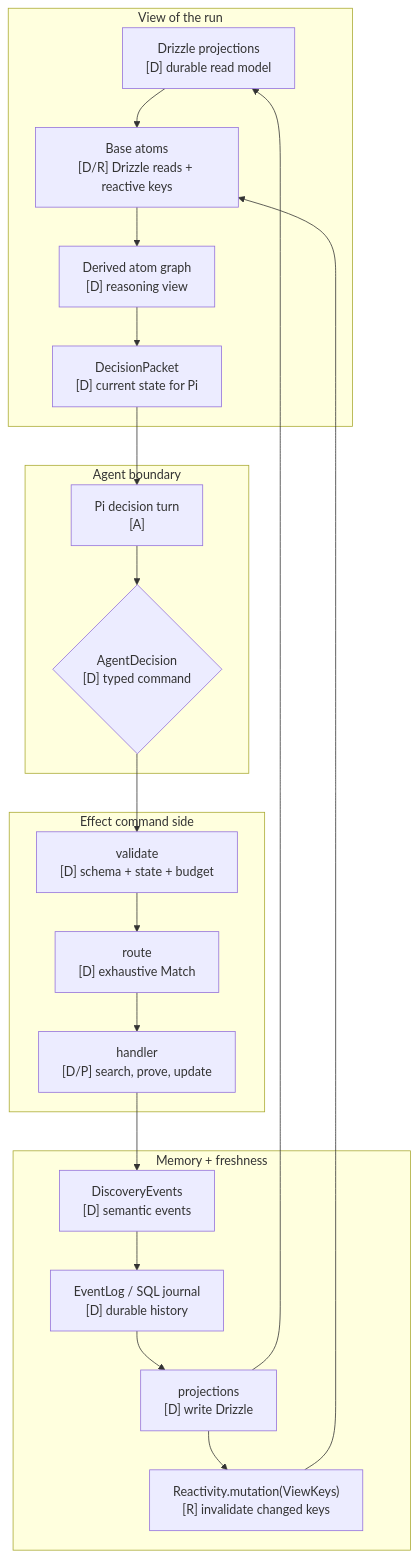
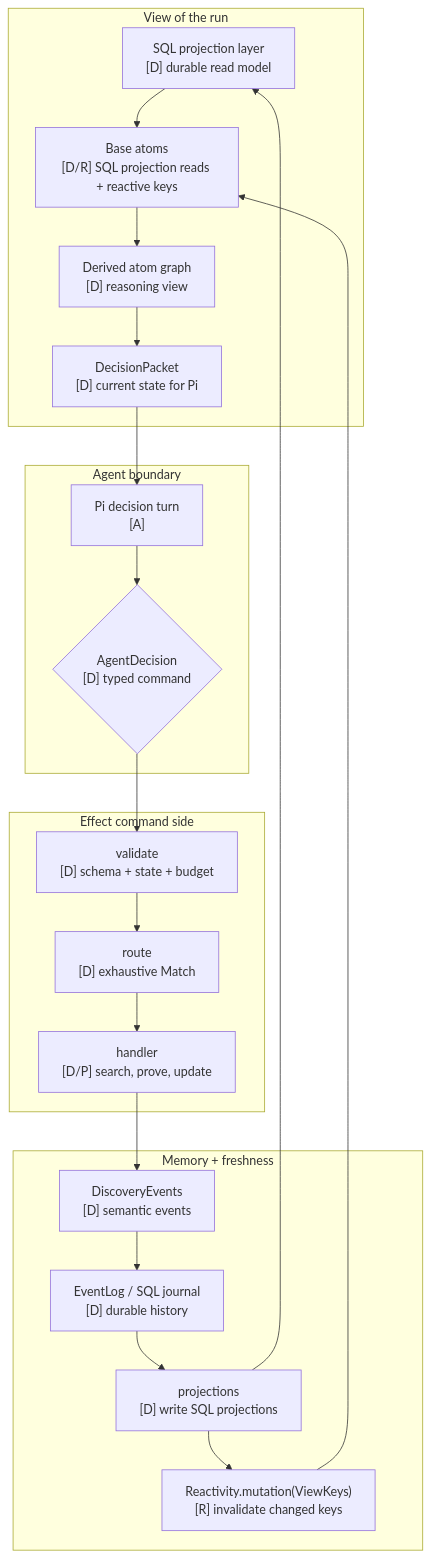
Before and after one commit to becker63/attune: the second of 11 diagrams in docs/attuned/Attune Discovery v0 Architecture Model.md, drawn with Mermaid. The commit also changed other lines of this file and 320 other files, not shown here.

````diff
--- a/docs/attuned/Attune Discovery v0 Architecture Model.md
+++ b/docs/attuned/Attune Discovery v0 Architecture Model.md
@@ -82,29 +82,29 @@
 ```mermaid
 flowchart TD
   subgraph View["View of the run"]
-    A["Drizzle projections<br/>[D] durable read model"] --> B["Base atoms<br/>[D/R] Drizzle reads + reactive keys"]
+    A["SQL projection layer<br/>[D] durable read model"] --> B["Base atoms<br/>[D/R] SQL projection reads + reactive keys"]
     B --> C["Derived atom graph<br/>[D] reasoning view"]
     C --> D["DecisionPacket<br/>[D] current state for Pi"]
   end
 
   subgraph Agent["Agent boundary"]
     D --> E["Pi decision turn<br/>[A]"]
     E --> F{"AgentDecision<br/>[D] typed command"}
   end
 
   subgraph App["Effect command side"]
     F --> G["validate<br/>[D] schema + state + budget"]
     G --> H["route<br/>[D] exhaustive Match"]
     H --> I["handler<br/>[D/P] search, prove, update"]
   end
 
   subgraph Memory["Memory + freshness"]
     I --> J["DiscoveryEvents<br/>[D] semantic events"]
     J --> K["EventLog / SQL journal<br/>[D] durable history"]
-    K --> L["projections<br/>[D] write Drizzle"]
+    K --> L["projections<br/>[D] write SQL projections"]
     L --> M["Reactivity.mutation(ViewKeys)<br/>[R] invalidate changed keys"]
   end
 
   L --> A
   M --> B
 ```
````
